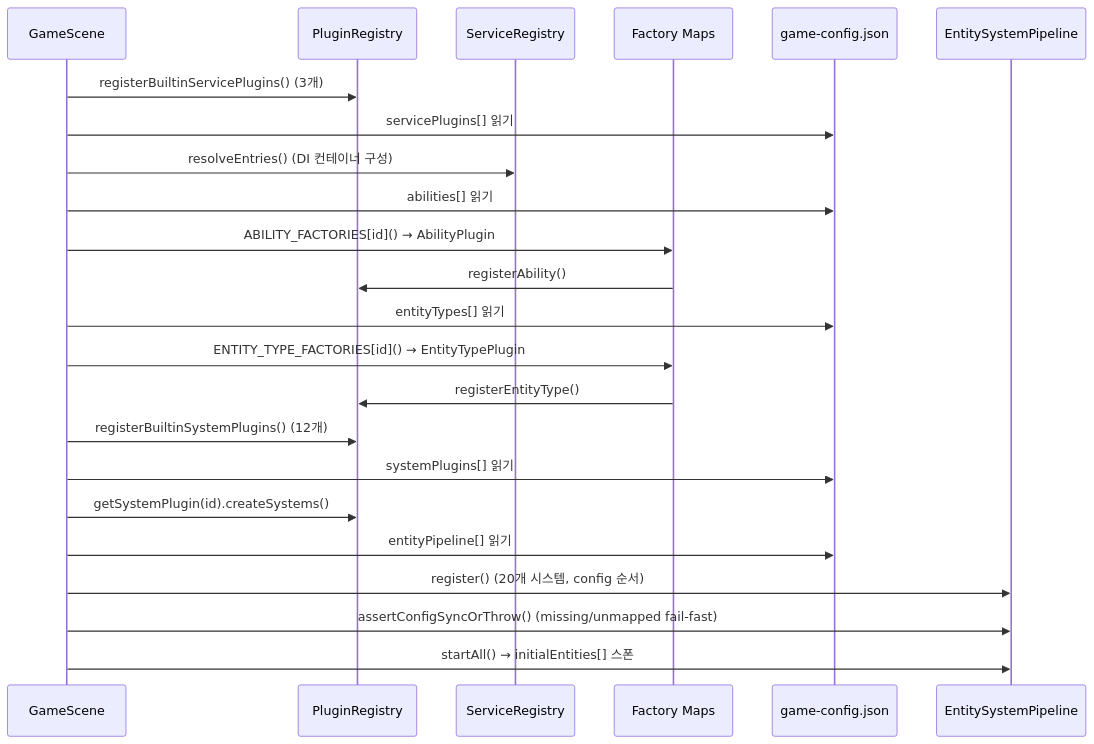
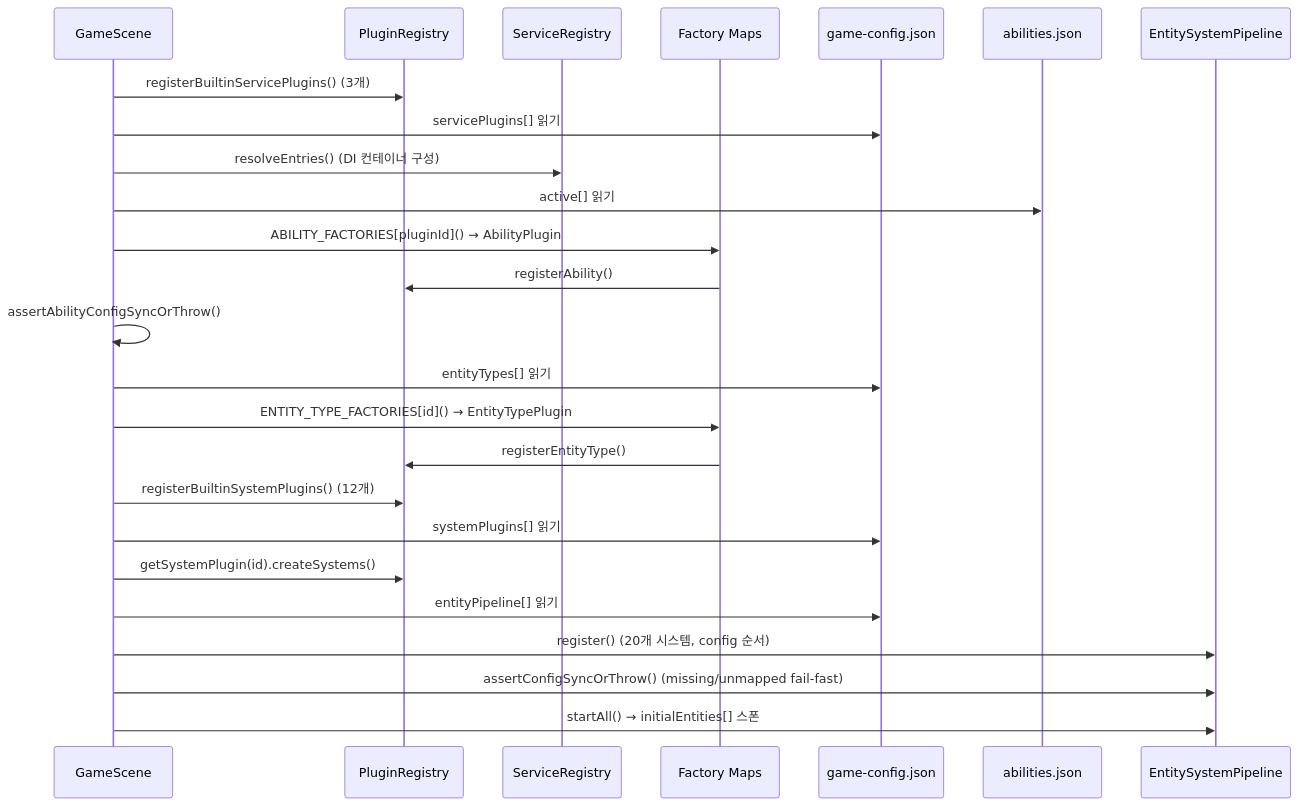
Before and after one commit to nelta9x/vflashhead: the second of 5 diagrams in docs/PLUGIN_ARCHITECTURE.md, drawn with Mermaid. The commit also changed other lines of this file and 22 other files, not shown here.

Commit message:
feat: migrate abilities to abilities.json with fail-fast validation

````diff
--- a/docs/PLUGIN_ARCHITECTURE.md
+++ b/docs/PLUGIN_ARCHITECTURE.md
@@ -36,26 +36,28 @@
 ```mermaid
 sequenceDiagram
   participant GS as GameScene
   participant PR as PluginRegistry
   participant SR as ServiceRegistry
   participant FM as Factory Maps
   participant CFG as game-config.json
+  participant ACFG as abilities.json
   participant PP as EntitySystemPipeline
 
   GS->>PR: registerBuiltinServicePlugins() (3개)
   GS->>CFG: servicePlugins[] 읽기
   GS->>SR: resolveEntries() (DI 컨테이너 구성)
-  GS->>CFG: abilities[] 읽기
-  GS->>FM: ABILITY_FACTORIES[id]() → AbilityPlugin
+  GS->>ACFG: active[] 읽기
+  GS->>FM: ABILITY_FACTORIES[pluginId]() → AbilityPlugin
   FM->>PR: registerAbility()
+  GS->>GS: assertAbilityConfigSyncOrThrow()
   GS->>CFG: entityTypes[] 읽기
   GS->>FM: ENTITY_TYPE_FACTORIES[id]() → EntityTypePlugin
   FM->>PR: registerEntityType()
   GS->>PR: registerBuiltinSystemPlugins() (12개)
   GS->>CFG: systemPlugins[] 읽기
   GS->>PR: getSystemPlugin(id).createSystems()
   GS->>CFG: entityPipeline[] 읽기
   GS->>PP: register() (20개 시스템, config 순서)
   GS->>PP: assertConfigSyncOrThrow() (missing/unmapped fail-fast)
   GS->>PP: startAll() → initialEntities[] 스폰
 ```
````
